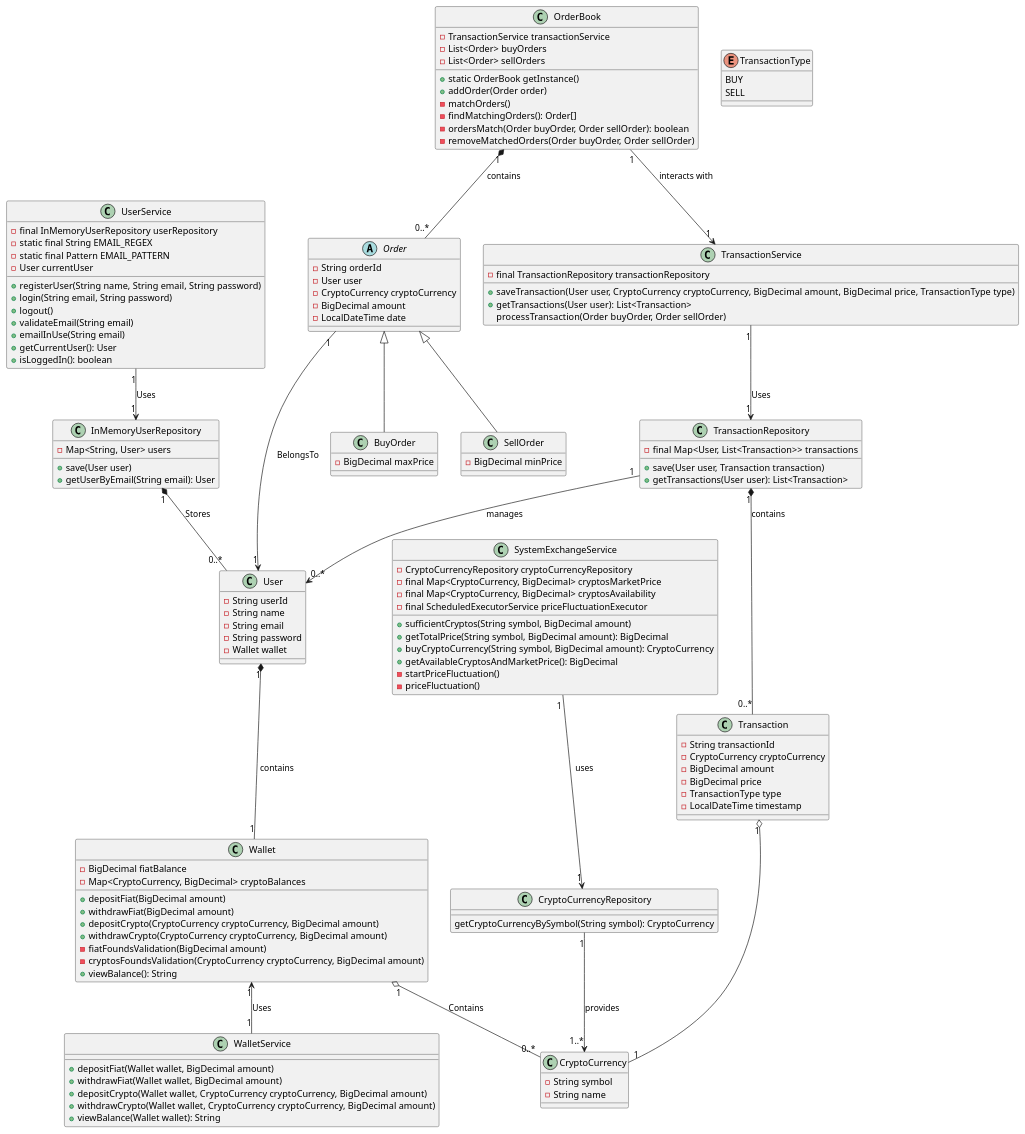
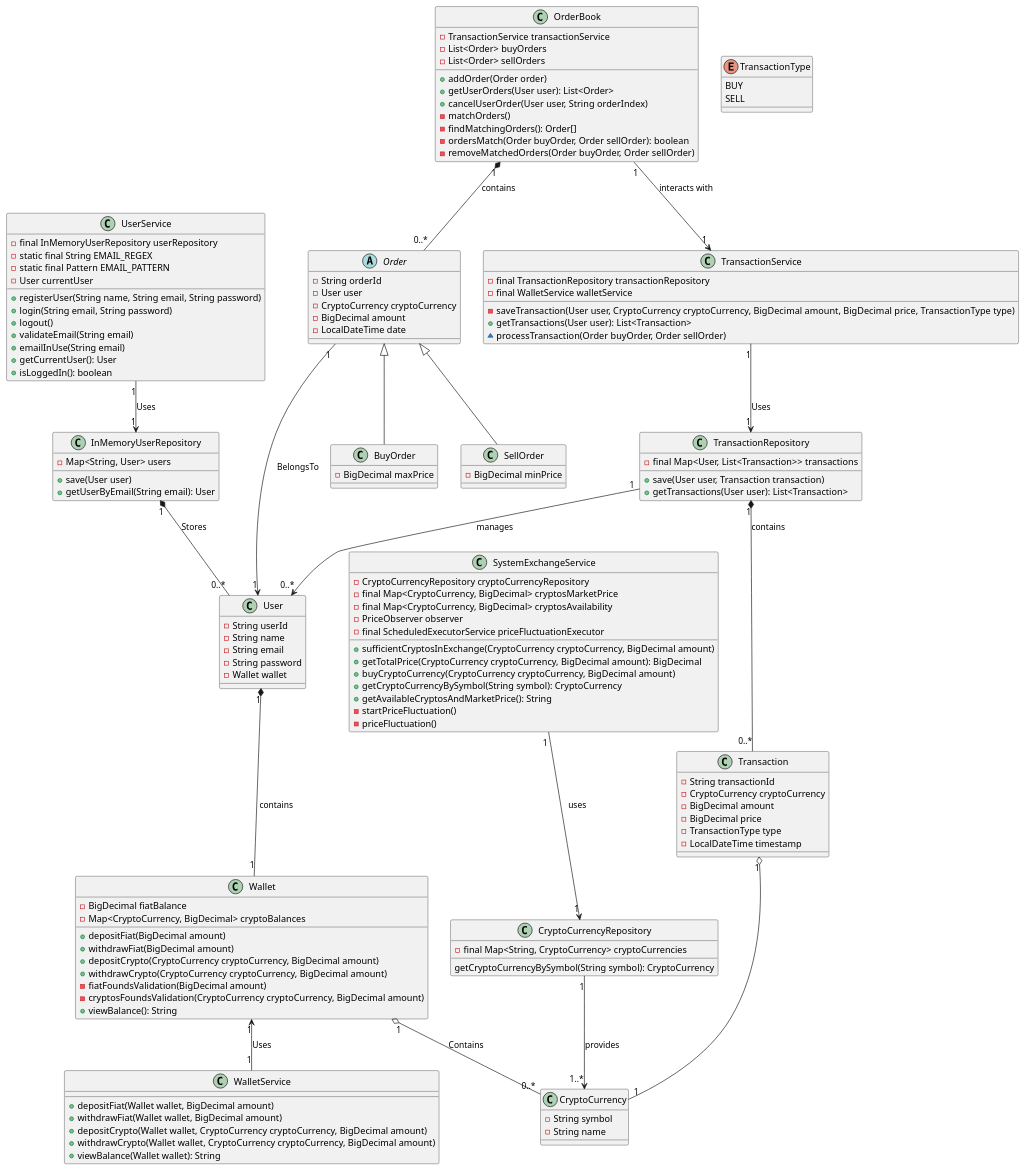
Before and after one commit to LeynderS/crypto_exchange_system: the diagram in diagram/class_diagram.puml, drawn with PlantUML.

Commit message:
Refine PlantUML diagram

```diff
--- a/diagram/class_diagram.puml
+++ b/diagram/class_diagram.puml
@@ -1,146 +1,151 @@
 @startuml
 
 class UserService{
 -final InMemoryUserRepository userRepository
 -static final String EMAIL_REGEX
 -static final Pattern EMAIL_PATTERN
 -User currentUser
 +registerUser(String name, String email, String password)
 +login(String email, String password)
 +logout()
 +validateEmail(String email)
 +emailInUse(String email)
 +getCurrentUser(): User
 +isLoggedIn(): boolean
 }
 
 class InMemoryUserRepository {
   -Map<String, User> users
   +save(User user)
   +getUserByEmail(String email): User
 }
 
 class User {
 -String userId
 -String name
 -String email
 -String password
 -Wallet wallet
 }
 
 class WalletService{
 +depositFiat(Wallet wallet, BigDecimal amount)
 +withdrawFiat(Wallet wallet, BigDecimal amount)
 +depositCrypto(Wallet wallet, CryptoCurrency cryptoCurrency, BigDecimal amount)
 +withdrawCrypto(Wallet wallet, CryptoCurrency cryptoCurrency, BigDecimal amount)
 +viewBalance(Wallet wallet): String
 }
 
 class Wallet {
 -BigDecimal fiatBalance
 -Map<CryptoCurrency, BigDecimal> cryptoBalances
 +depositFiat(BigDecimal amount)
 +withdrawFiat(BigDecimal amount)
 +depositCrypto(CryptoCurrency cryptoCurrency, BigDecimal amount)
 +withdrawCrypto(CryptoCurrency cryptoCurrency, BigDecimal amount)
 -fiatFoundsValidation(BigDecimal amount)
 -cryptosFoundsValidation(CryptoCurrency cryptoCurrency, BigDecimal amount)
 +viewBalance(): String
 }
 
 class CryptoCurrencyRepository{
+-final Map<String, CryptoCurrency> cryptoCurrencies
 getCryptoCurrencyBySymbol(String symbol): CryptoCurrency
 }
 
 class SystemExchangeService{
 -CryptoCurrencyRepository cryptoCurrencyRepository
 -final Map<CryptoCurrency, BigDecimal> cryptosMarketPrice
 -final Map<CryptoCurrency, BigDecimal> cryptosAvailability
+-PriceObserver observer
 -final ScheduledExecutorService priceFluctuationExecutor
-+sufficientCryptos(String symbol, BigDecimal amount)
-+getTotalPrice(String symbol, BigDecimal amount): BigDecimal
-+buyCryptoCurrency(String symbol, BigDecimal amount): CryptoCurrency
-+getAvailableCryptosAndMarketPrice(): BigDecimal
++sufficientCryptosInExchange(CryptoCurrency cryptoCurrency, BigDecimal amount)
++getTotalPrice(CryptoCurrency cryptoCurrency, BigDecimal amount): BigDecimal
++buyCryptoCurrency(CryptoCurrency cryptoCurrency, BigDecimal amount)
++getCryptoCurrencyBySymbol(String symbol): CryptoCurrency
++getAvailableCryptosAndMarketPrice(): String
 -startPriceFluctuation()
 -priceFluctuation()
 }
 
 abstract class Order {
 -String orderId
 -User user
 -CryptoCurrency cryptoCurrency
 -BigDecimal amount
 -LocalDateTime date
 }
 
 class BuyOrder {
 -BigDecimal maxPrice
 }
 
 class SellOrder{
 -BigDecimal minPrice
 }
 
 class OrderBook{
 -TransactionService transactionService
 -List<Order> buyOrders
 -List<Order> sellOrders
-+static OrderBook getInstance()
 +addOrder(Order order)
++getUserOrders(User user): List<Order>
++cancelUserOrder(User user, String orderIndex)
 -matchOrders()
 -findMatchingOrders(): Order[]
 -ordersMatch(Order buyOrder, Order sellOrder): boolean
 -removeMatchedOrders(Order buyOrder, Order sellOrder)
 }
 
 class TransactionRepository {
 -final Map<User, List<Transaction>> transactions
 +save(User user, Transaction transaction)
 +getTransactions(User user): List<Transaction>
 }
 
 class Transaction {
 -String transactionId
 -CryptoCurrency cryptoCurrency
 -BigDecimal amount
 -BigDecimal price
 -TransactionType type
 -LocalDateTime timestamp
 }
 
 class TransactionService {
 -final TransactionRepository transactionRepository
-+saveTransaction(User user, CryptoCurrency cryptoCurrency, BigDecimal amount, BigDecimal price, TransactionType type)
+-final WalletService walletService
+-saveTransaction(User user, CryptoCurrency cryptoCurrency, BigDecimal amount, BigDecimal price, TransactionType type)
 +getTransactions(User user): List<Transaction>
-processTransaction(Order buyOrder, Order sellOrder)
+~processTransaction(Order buyOrder, Order sellOrder)
 }
 
 
 class CryptoCurrency {
 -String symbol
 -String name
 }
 
 enum TransactionType {
 BUY
 SELL
 }
 
 UserService "1" --> "1" InMemoryUserRepository : Uses
 InMemoryUserRepository "1" *-- "0..*" User : Stores
 User "1" *-- "1" Wallet : contains
 Wallet "1" <-- "1" WalletService : Uses
 Wallet "1" o-- "0..*" CryptoCurrency : Contains
 CryptoCurrencyRepository "1" --> "1..*" CryptoCurrency : provides
 SystemExchangeService "1 "--> "1" CryptoCurrencyRepository : uses
 Order <|-- BuyOrder
 Order <|-- SellOrder
 OrderBook "1" *-- "0..*" Order : contains
 OrderBook "1" --> "1" TransactionService : interacts with
 TransactionRepository "1" *-- "0..*" Transaction: contains
 TransactionService "1" --> "1" TransactionRepository : Uses
 Transaction "1" o-- "1" CryptoCurrency
 Order "1" --> "1" User : BelongsTo
 TransactionRepository "1" --> "0..*" User : manages
 
 @enduml
```
